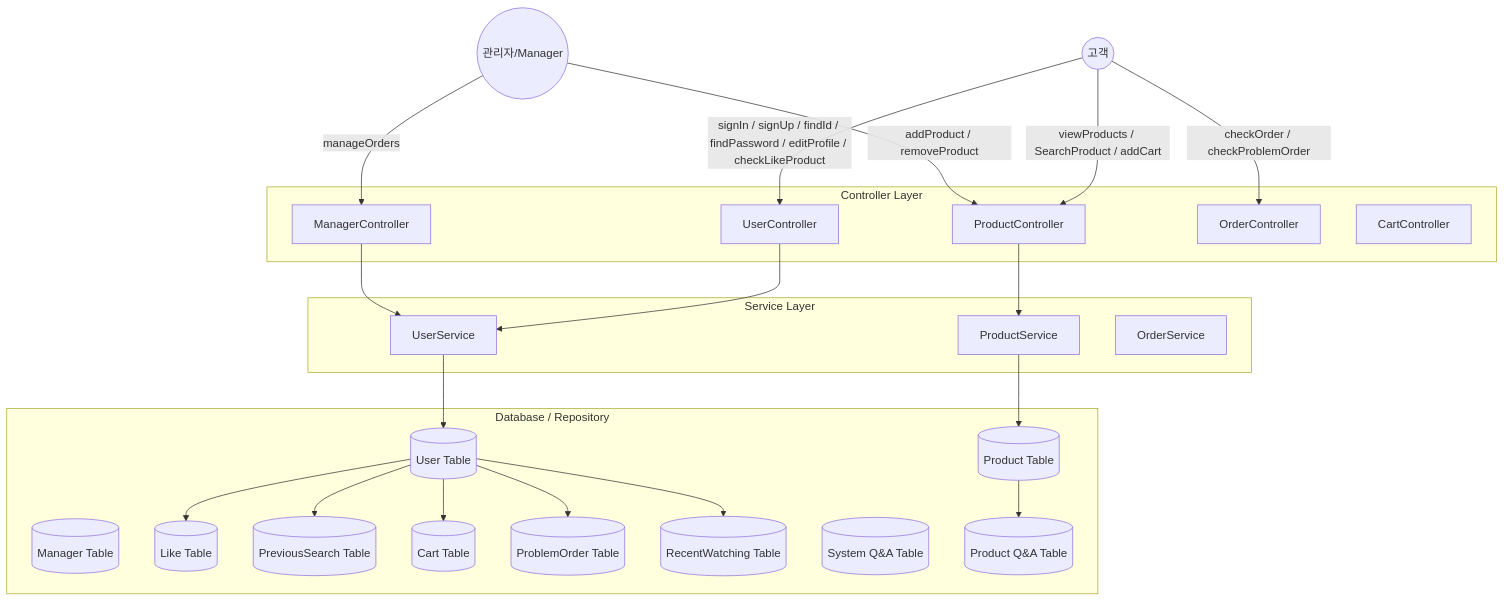
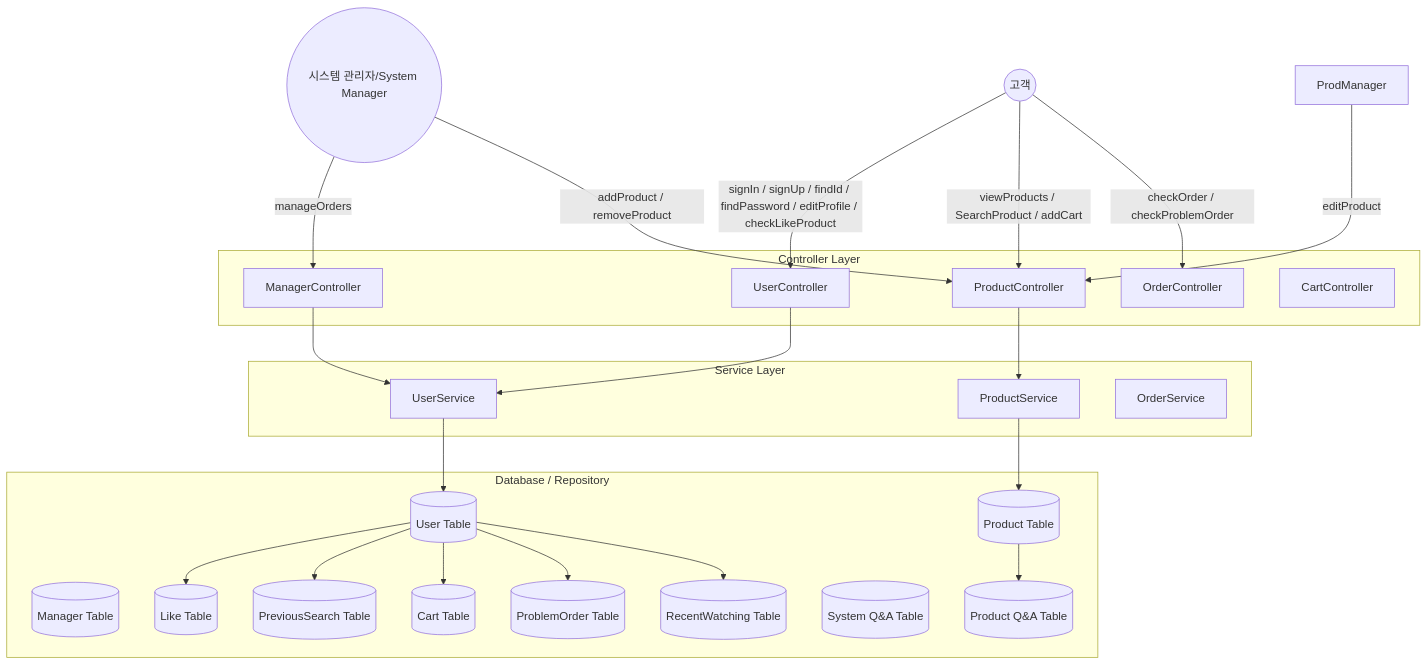
The diagram in Project/ShoppingMall/ShoppingMall Main System diagram.md (potatostore/Obsidian), drawn with Mermaid before and after one commit.

Commit message:
vault backup: 2026-03-09 15:57:06

````diff
--- a/Project/ShoppingMall/ShoppingMall Main System diagram.md
+++ b/Project/ShoppingMall/ShoppingMall Main System diagram.md
@@ -1,49 +1,50 @@
 ```mermaid
 ---
 config:
 layout: dagre
 ---
 flowchart TB
 	subgraph Controller_Layer["Controller Layer"]
 	UC["UserController"]
 	EC["ManagerController"]
 	PC["ProductController"]
 	OC["OrderController"]
 	CC["CartController"] 
 end
   
 subgraph Service_Layer["Service Layer"]
 	US["UserService"]
 	PS["ProductService"]
 	OS["OrderService"]
 end
 
 subgraph DB["Database / Repository"]
 	UserTable[("User Table")]
 	ProdTable[("Product Table")]
 	ManTable[("Manager Table")]
 	LikeTable[("Like Table")]
 	PreviousSearchTable[("PreviousSearch Table")]
 	CartTable[("Cart Table")]
 	ProblemOrderTable[("ProblemOrder Table")]
 	RecentWatchingTable[("RecentWatching Table")]
 	SystemQATable[("System Q&A Table")]
 	ProductQATable[("Product Q&A Table")]
 end
 
 User(("고객")) -- signIn / signUp / findId / findPassword / editProfile / checkLikeProduct --> UC
 User -- viewProducts / SearchProduct / addCart --> PC
 User -- checkOrder / checkProblemOrder --> OC
-Admin(("관리자/Manager")) -- manageOrders --> EC
-Admin -- addProduct / removeProduct --> PC
+SysManager(("시스템 관리자/System Manager")) -- manageOrders --> EC
+SysManager -- addProduct / removeProduct --> PC
+ProdManager -- editProduct --> PC
 
 UC --> US
 EC --> US
 PC --> PS
 US --> UserTable
 PS --> ProdTable
 
 UserTable --> LikeTable & PreviousSearchTable & CartTable & ProblemOrderTable & RecentWatchingTable
 ProdTable --> ProductQATable
 
 ```
````
